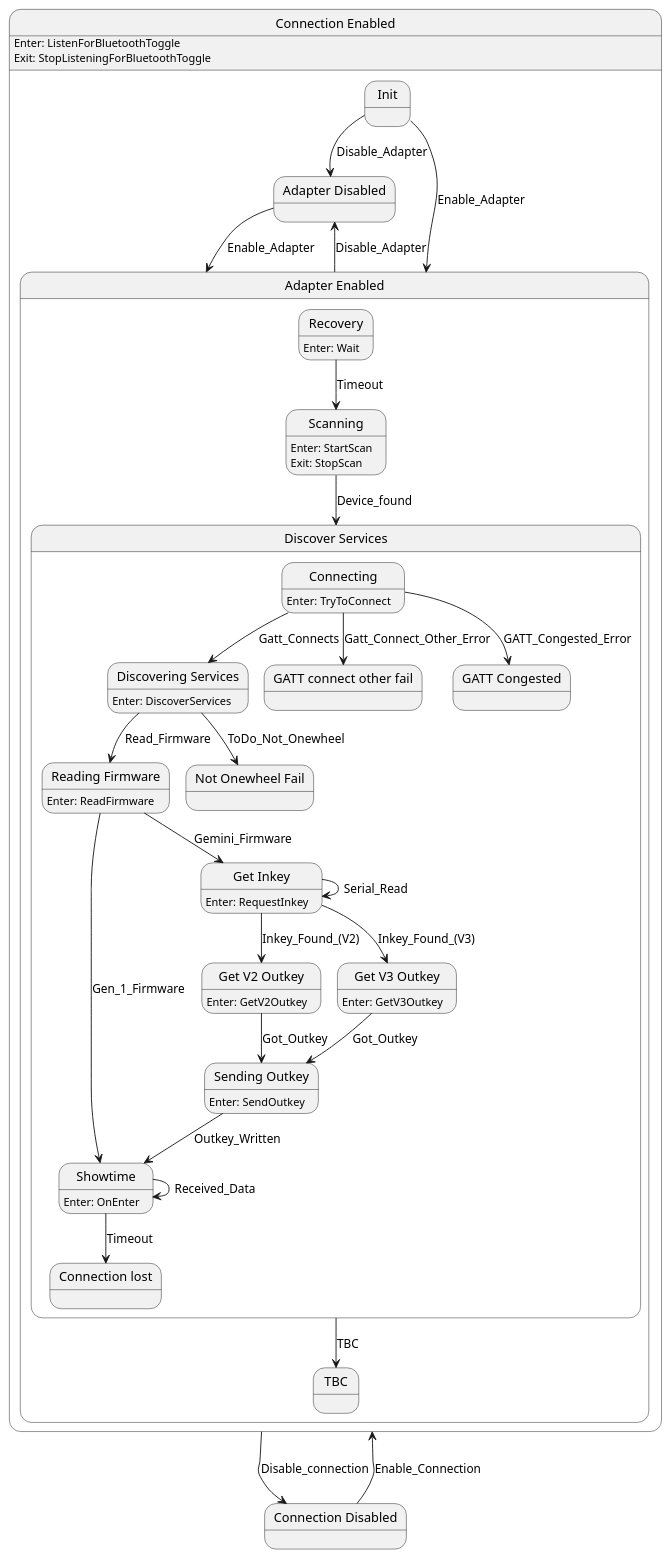
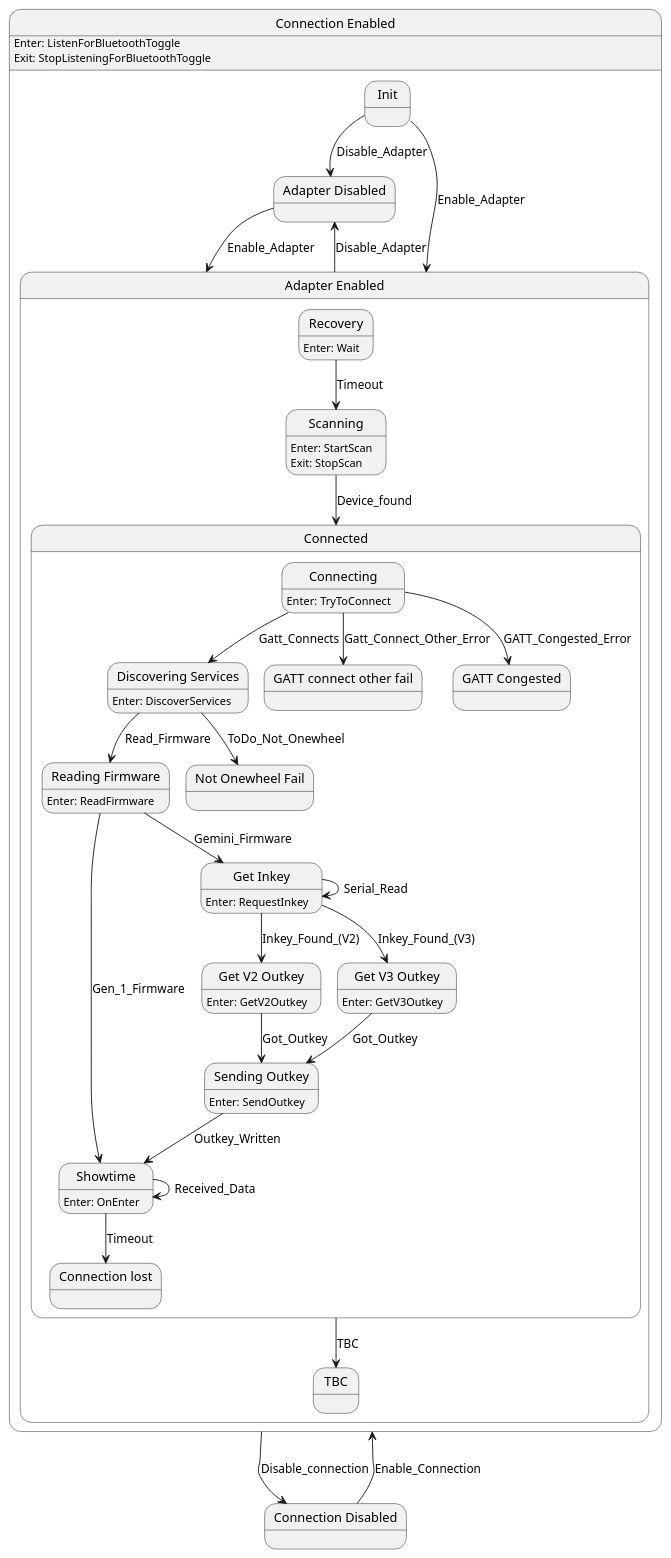
Before and after one commit to tekkies/android-ponewheel: the diagram in doc/ponewheel-state.plantuml, drawn with PlantUML. The commit also changed 3 other files, not shown here.

```diff
--- a/doc/ponewheel-state.plantuml
+++ b/doc/ponewheel-state.plantuml
@@ -1,80 +1,80 @@
 @startuml
 state "Connection Enabled" as Connection_Enabled  {
     state "Adapter Disabled" as Adapter_Disabled  {
     }
     state "Adapter Enabled" as Adapter_Enabled  {
-        state "Discover Services" as Discover_Services  {
+        state "Connected" as Connected  {
             state "Discovering Services" as Discovering_Services  {
 Discovering_Services : Enter: DiscoverServices
             }
             state "Reading Firmware" as Reading_Firmware  {
 Reading_Firmware : Enter: ReadFirmware
             }
             state "Showtime" as Showtime  {
 Showtime : Enter: OnEnter
             }
             state "Get Inkey" as Get_Inkey  {
 Get_Inkey : Enter: RequestInkey
             }
             state "Get V2 Outkey" as Get_V2_Outkey  {
 Get_V2_Outkey : Enter: GetV2Outkey
             }
             state "Get V3 Outkey" as Get_V3_Outkey  {
 Get_V3_Outkey : Enter: GetV3Outkey
             }
             state "Sending Outkey" as Sending_Outkey  {
 Sending_Outkey : Enter: SendOutkey
             }
             state "GATT connect other fail" as GATT_connect_other_fail  {
             }
             state "GATT Congested" as GATT_Congested  {
             }
             state "Not Onewheel Fail" as Not_Onewheel_Fail  {
             }
             state "Connection lost" as Connection_lost  {
             }
             state "Connecting" as Connecting  {
 Connecting : Enter: TryToConnect
             }
         }
         state "Recovery" as Recovery  {
 Recovery : Enter: Wait
         }
         state "TBC" as TBC  {
         }
         state "Scanning" as Scanning  {
 Scanning : Enter: StartScan\nExit: StopScan
         }
     }
     state "Init" as Init  {
     }
 Connection_Enabled : Enter: ListenForBluetoothToggle\nExit: StopListeningForBluetoothToggle
 }
 state "Connection Disabled" as Connection_Disabled  {
 }
 Adapter_Disabled --> Adapter_Enabled : Enable_Adapter
 Discovering_Services --> Not_Onewheel_Fail : ToDo_Not_Onewheel
 Discovering_Services --> Reading_Firmware : Read_Firmware
 Reading_Firmware --> Showtime : Gen_1_Firmware
 Reading_Firmware --> Get_Inkey : Gemini_Firmware
 Showtime --> Showtime : Received_Data
 Showtime --> Connection_lost : Timeout
 Get_Inkey --> Get_Inkey : Serial_Read
 Get_Inkey --> Get_V2_Outkey : Inkey_Found_(V2)
 Get_Inkey --> Get_V3_Outkey : Inkey_Found_(V3)
 Get_V2_Outkey --> Sending_Outkey : Got_Outkey
 Get_V3_Outkey --> Sending_Outkey : Got_Outkey
 Sending_Outkey --> Showtime : Outkey_Written
 Connecting --> Discovering_Services : Gatt_Connects
 Connecting --> GATT_connect_other_fail : Gatt_Connect_Other_Error
 Connecting --> GATT_Congested : GATT_Congested_Error
-Discover_Services --> TBC : TBC
+Connected --> TBC : TBC
 Recovery --> Scanning : Timeout
-Scanning --> Discover_Services : Device_found
+Scanning --> Connected : Device_found
 Adapter_Enabled --> Adapter_Disabled : Disable_Adapter
 Init --> Adapter_Enabled : Enable_Adapter
 Init --> Adapter_Disabled : Disable_Adapter
 Connection_Enabled --> Connection_Disabled : Disable_connection
 Connection_Disabled --> Connection_Enabled : Enable_Connection
  
 @enduml
```
